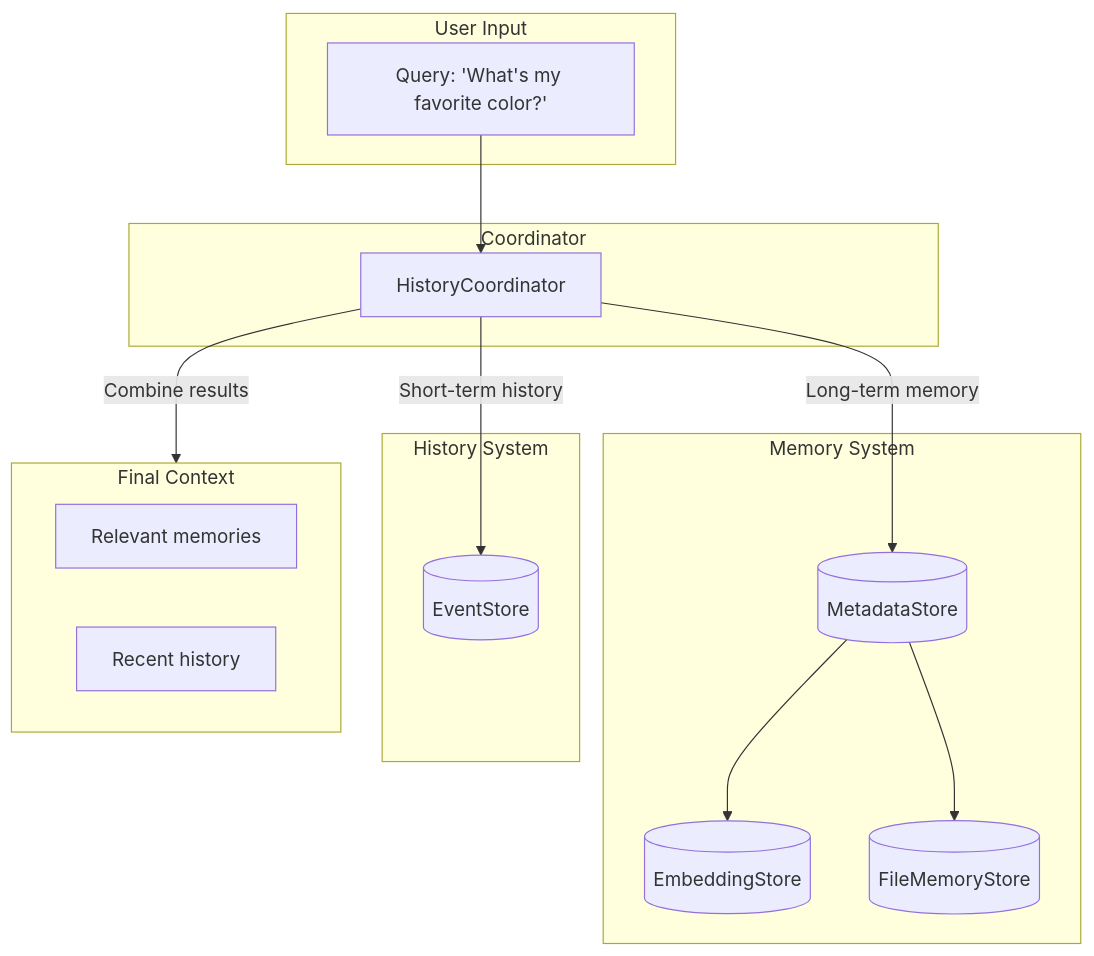
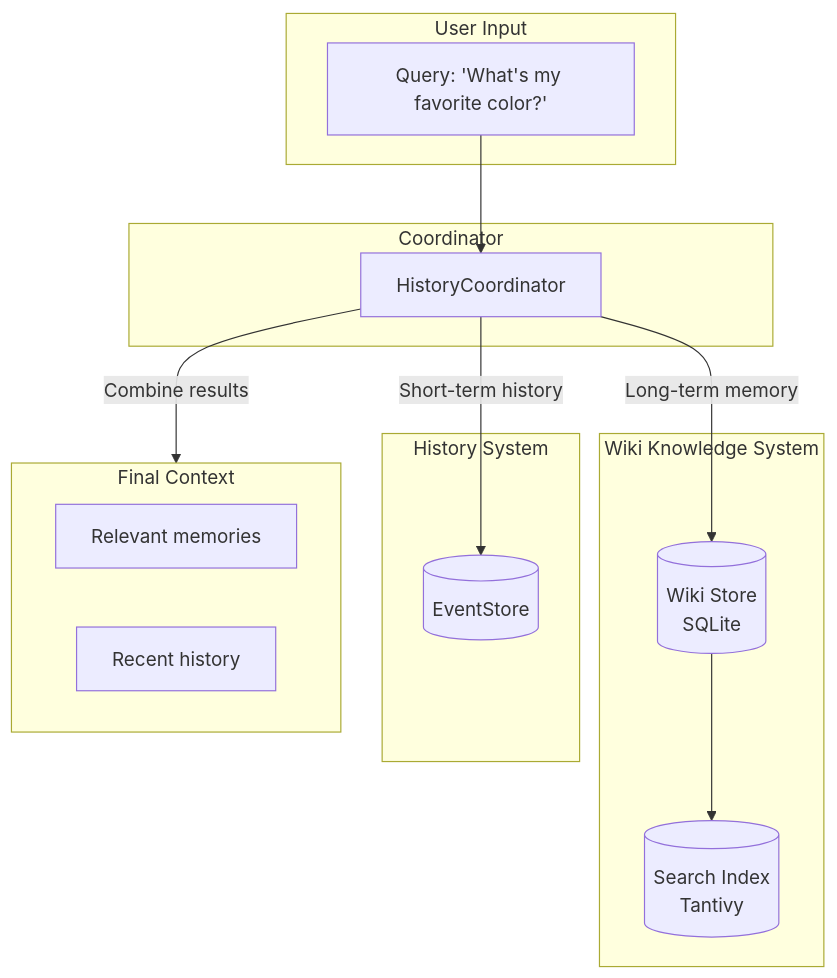
One commit to yeheng/nanobot-rs changed the ninth of 9 diagrams in docs/memory-history-en.md. Above: the diagram before and after it, drawn with Mermaid. The commit also changed other lines of this file and 57 other files, not shown here.

First line of the commit message:
feat: 用 Wiki 知识系统全面替换旧 Memory 记忆系统

````diff
--- a/docs/memory-history-en.md
+++ b/docs/memory-history-en.md
@@ -283,33 +291,31 @@
 ```mermaid
 flowchart TB
     subgraph Input["User Input"]
         Query["Query: 'What's my favorite color?'"]
     end
     
     subgraph Coord["Coordinator"]
         HC[HistoryCoordinator]
     end
     
-    subgraph MemSys["Memory System"]
-        MS[(MetadataStore)]
-        ES[(EmbeddingStore)]
-        FS[(FileMemoryStore)]
+    subgraph MemSys["Wiki Knowledge System"]
+        WS[(Wiki Store<br/>SQLite)]
+        TI[(Search Index<br/>Tantivy)]
     end
     
     subgraph HistSys["History System"]
         SE[(EventStore)]
     end
     
     Query --> HC
-    HC -->|Long-term memory| MS
-    MS --> ES
-    MS --> FS
+    HC -->|Long-term memory| WS
+    WS --> TI
     HC -->|Short-term history| SE
     
     HC -->|Combine results| Response
     
     subgraph Response["Final Context"]
         R1[Relevant memories]
         R2[Recent history]
     end
 ```
````
